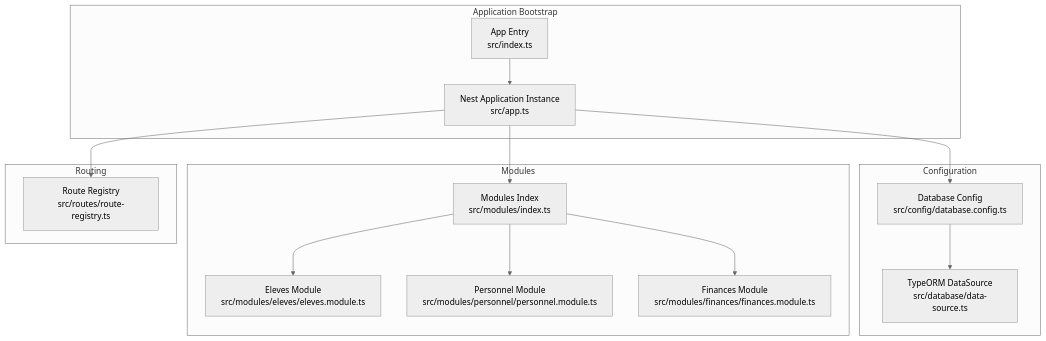
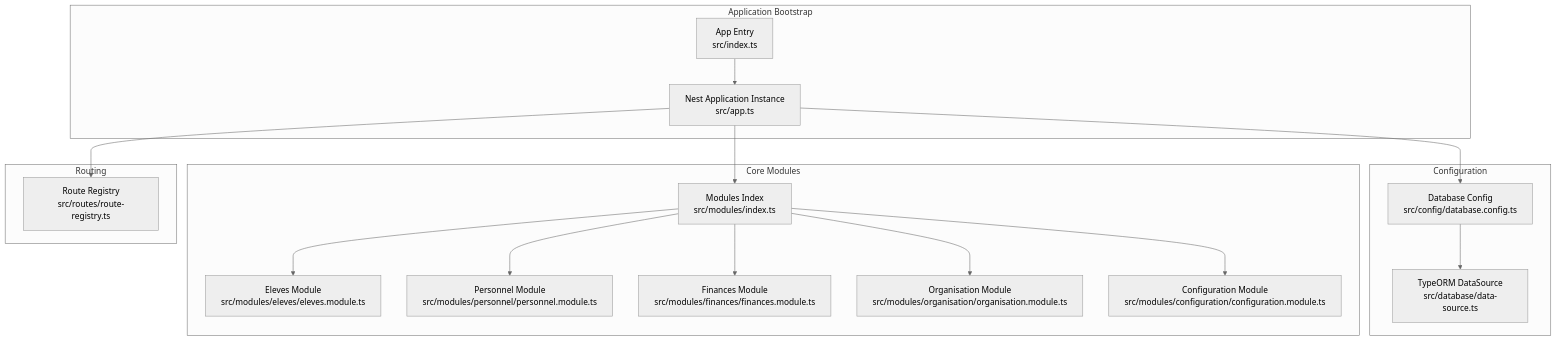
The first of 6 diagrams in .qoder/repowiki/en/content/System Architecture/Backend Architecture/Modular Architecture Pattern.md (franckylab/eLISAschool), drawn with Mermaid (neutral theme) before and after one commit. The commit also changed other lines of this file and 262 other files, not shown here.

First line of the commit message:
refactor(architecture): améliorer gestion distribuée de la configuration et délégation contrôleur

````diff
--- a/.qoder/repowiki/en/content/System Architecture/Backend Architecture/Modular Architecture Pattern.md
+++ b/.qoder/repowiki/en/content/System Architecture/Backend Architecture/Modular Architecture Pattern.md
@@ -38,28 +48,32 @@
 ```mermaid
 graph TB
 subgraph "Application Bootstrap"
 App["App Entry<br/>src/index.ts"]
 AppInstance["Nest Application Instance<br/>src/app.ts"]
 end
 subgraph "Configuration"
 DBConfig["Database Config<br/>src/config/database.config.ts"]
 DataSource["TypeORM DataSource<br/>src/database/data-source.ts"]
 end
-subgraph "Modules"
+subgraph "Core Modules"
 ElevesMod["Eleves Module<br/>src/modules/eleves/eleves.module.ts"]
 PersonnelMod["Personnel Module<br/>src/modules/personnel/personnel.module.ts"]
 FinancesMod["Finances Module<br/>src/modules/finances/finances.module.ts"]
+OrganisationMod["Organisation Module<br/>src/modules/organisation/organisation.module.ts"]
+ConfigurationMod["Configuration Module<br/>src/modules/configuration/configuration.module.ts"]
 ModulesIndex["Modules Index<br/>src/modules/index.ts"]
 end
 subgraph "Routing"
 RouteReg["Route Registry<br/>src/routes/route-registry.ts"]
 end
 App --> AppInstance
 AppInstance --> DBConfig
 DBConfig --> DataSource
 AppInstance --> ModulesIndex
 ModulesIndex --> ElevesMod
 ModulesIndex --> PersonnelMod
 ModulesIndex --> FinancesMod
+ModulesIndex --> OrganisationMod
+ModulesIndex --> ConfigurationMod
 AppInstance --> RouteReg
 ```
````
